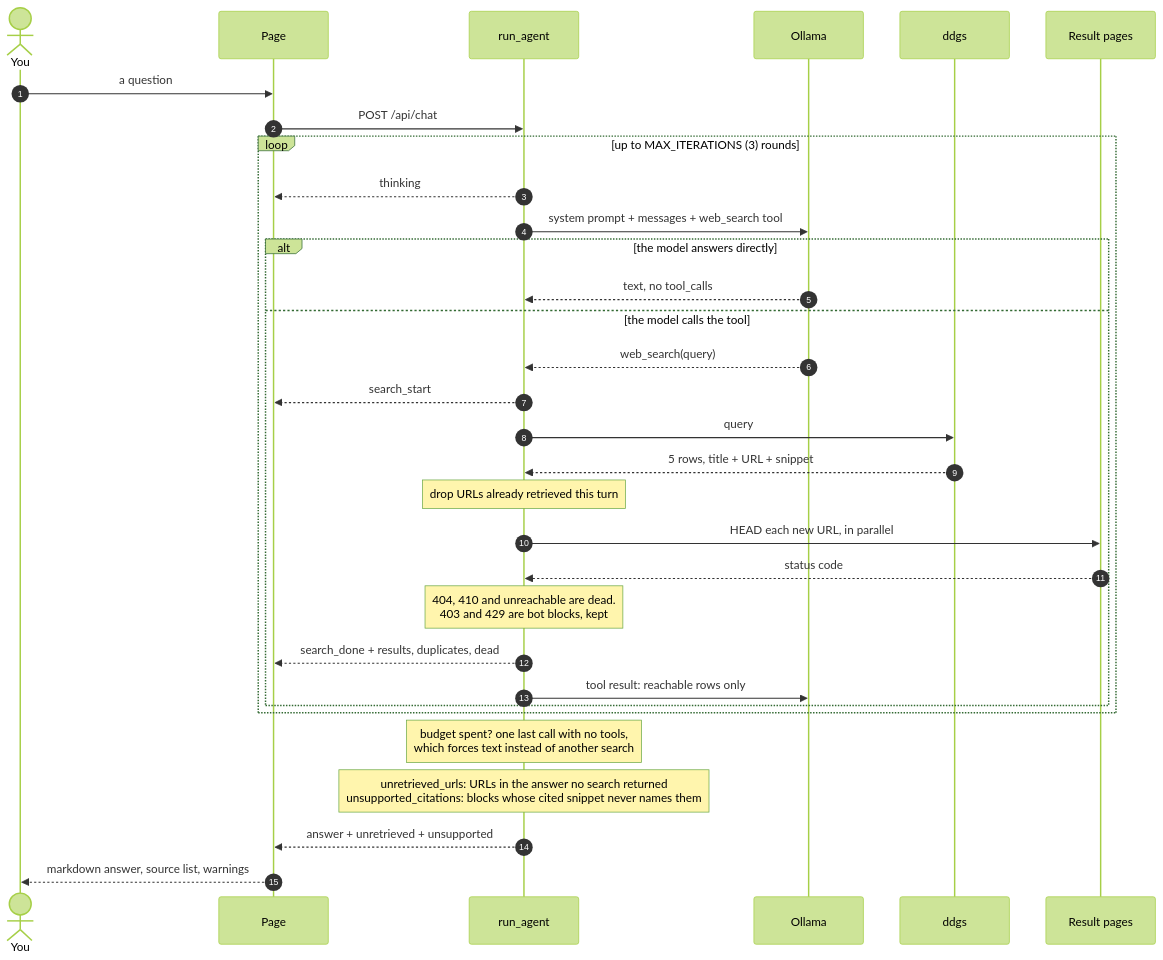
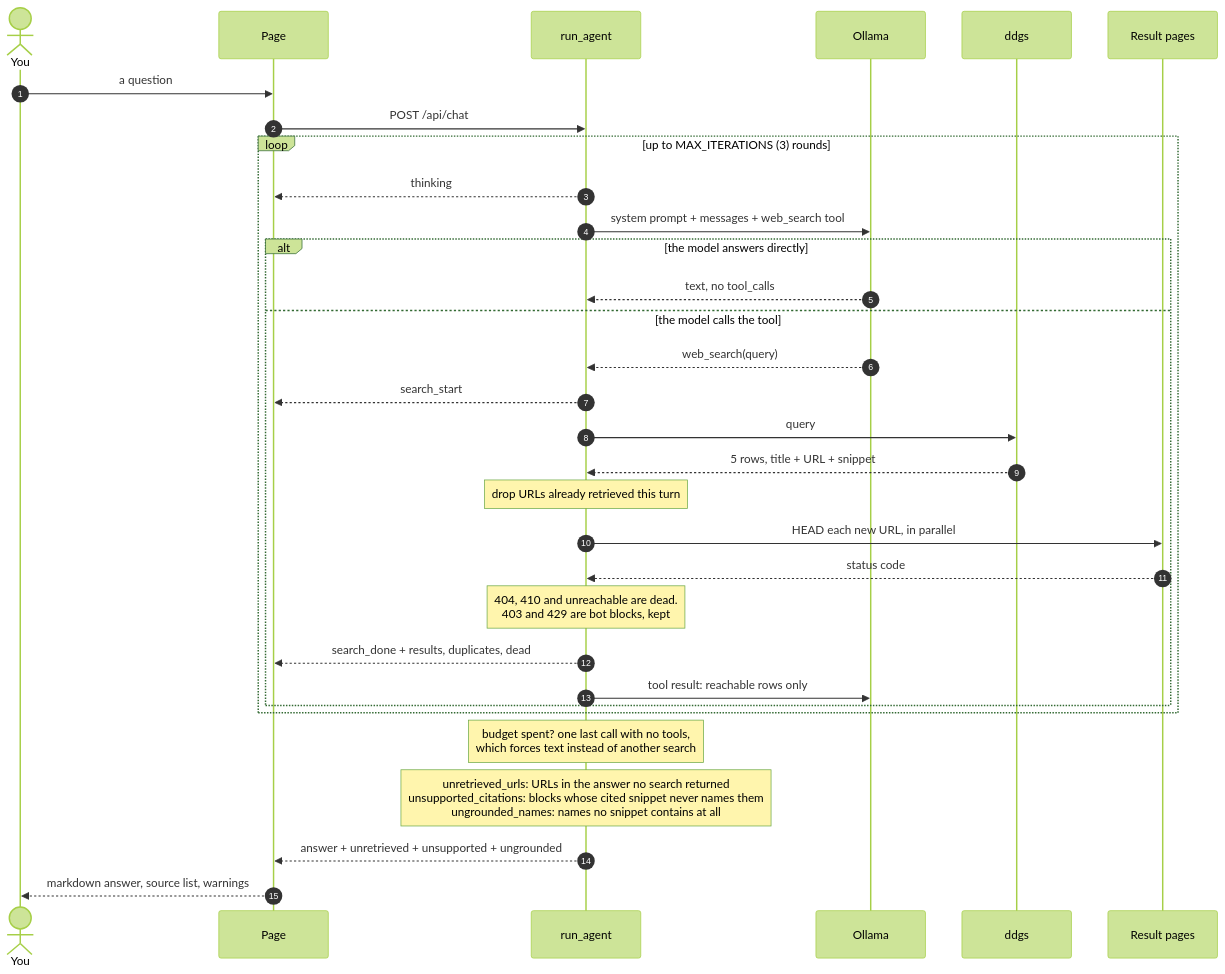
One commit to leopaul29/local-ai-agent-search changed the second of 4 diagrams in ARCHITECTURE.md. Above: the diagram before and after it, drawn with Mermaid (forest theme). The commit also changed other lines of this file and 4 other files, not shown here.

First line of the commit message:
feat: flag names in the answer that no snippet contains

````diff
--- a/ARCHITECTURE.md
+++ b/ARCHITECTURE.md
@@ -47,37 +47,37 @@
 ```mermaid
 sequenceDiagram
     autonumber
     actor U as You
     participant P as Page
     participant A as run_agent
     participant M as Ollama
     participant D as ddgs
     participant W as Result pages
 
     U->>P: a question
     P->>A: POST /api/chat
 
     loop up to MAX_ITERATIONS (3) rounds
         A-->>P: thinking
         A->>M: system prompt + messages + web_search tool
         alt the model answers directly
             M-->>A: text, no tool_calls
         else the model calls the tool
             M-->>A: web_search(query)
             A-->>P: search_start
             A->>D: query
             D-->>A: 5 rows, title + URL + snippet
             Note over A: drop URLs already retrieved this turn
             A->>W: HEAD each new URL, in parallel
             W-->>A: status code
             Note over A: 404, 410 and unreachable are dead.<br/>403 and 429 are bot blocks, kept
             A-->>P: search_done + results, duplicates, dead
             A->>M: tool result: reachable rows only
         end
     end
 
     Note over A: budget spent? one last call with no tools,<br/>which forces text instead of another search
-    Note over A: unretrieved_urls: URLs in the answer no search returned<br/>unsupported_citations: blocks whose cited snippet never names them
-    A-->>P: answer + unretrieved + unsupported
+    Note over A: unretrieved_urls: URLs in the answer no search returned<br/>unsupported_citations: blocks whose cited snippet never names them<br/>ungrounded_names: names no snippet contains at all
+    A-->>P: answer + unretrieved + unsupported + ungrounded
     P-->>U: markdown answer, source list, warnings
 ```
````
